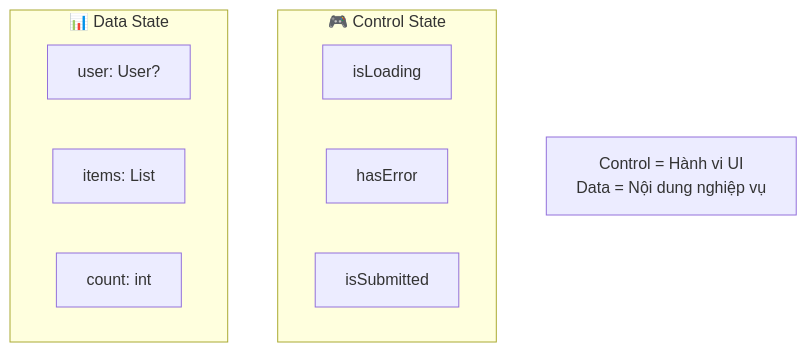
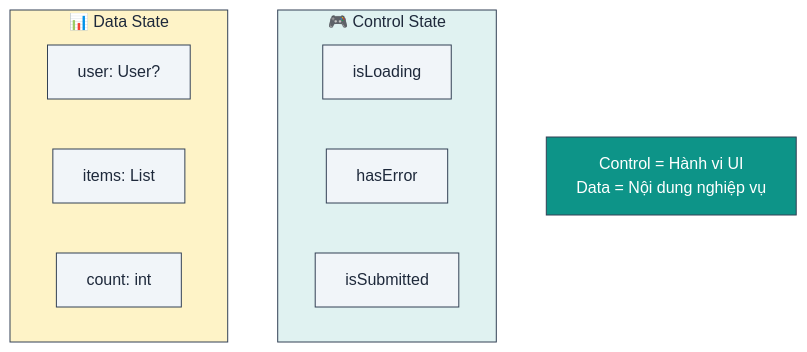
One commit to lploc94/flutter_orchestrator changed the sixth of 11 diagrams in book/vi/chapters/04_integration.md. Above: the diagram before and after it, drawn with Mermaid. The commit also changed other lines of this file and 3 other files, not shown here.

````diff
--- a/book/vi/chapters/04_integration.md
+++ b/book/vi/chapters/04_integration.md
@@ -132,16 +140,26 @@
 ```mermaid
 graph TB
     subgraph ControlState["🎮 Control State"]
         Loading["isLoading"]
         Error["hasError"]
         Submitted["isSubmitted"]
     end
     
     subgraph DataState["📊 Data State"]
         User["user: User?"]
         Items["items: List"]
         Count["count: int"]
     end
     
     Note["Control = Hành vi UI<br/>Data = Nội dung nghiệp vụ"]
+    
+    style ControlState fill:#e0f2f1,stroke:#334155,color:#1e293b
+    style DataState fill:#fef3c7,stroke:#334155,color:#1e293b
+    style Loading fill:#f1f5f9,stroke:#334155,color:#1e293b
+    style Error fill:#f1f5f9,stroke:#334155,color:#1e293b
+    style Submitted fill:#f1f5f9,stroke:#334155,color:#1e293b
+    style User fill:#f1f5f9,stroke:#334155,color:#1e293b
+    style Items fill:#f1f5f9,stroke:#334155,color:#1e293b
+    style Count fill:#f1f5f9,stroke:#334155,color:#1e293b
+    style Note fill:#0d9488,stroke:#334155,color:#ffffff
 ```
````
